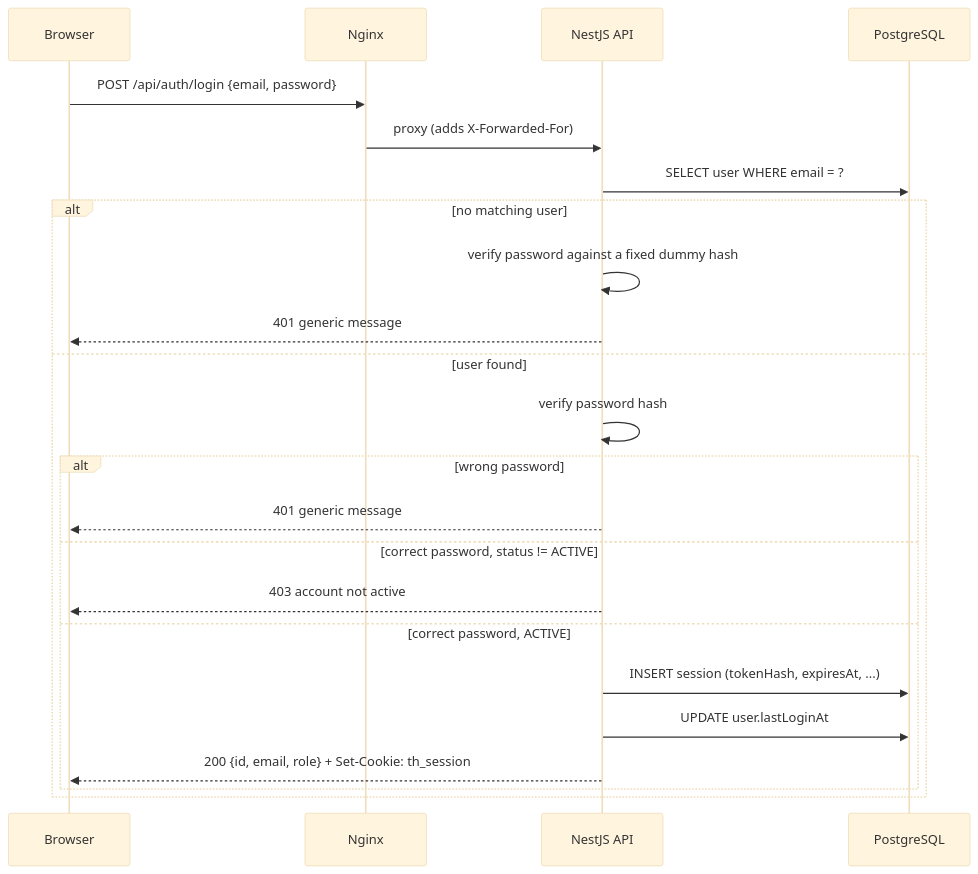
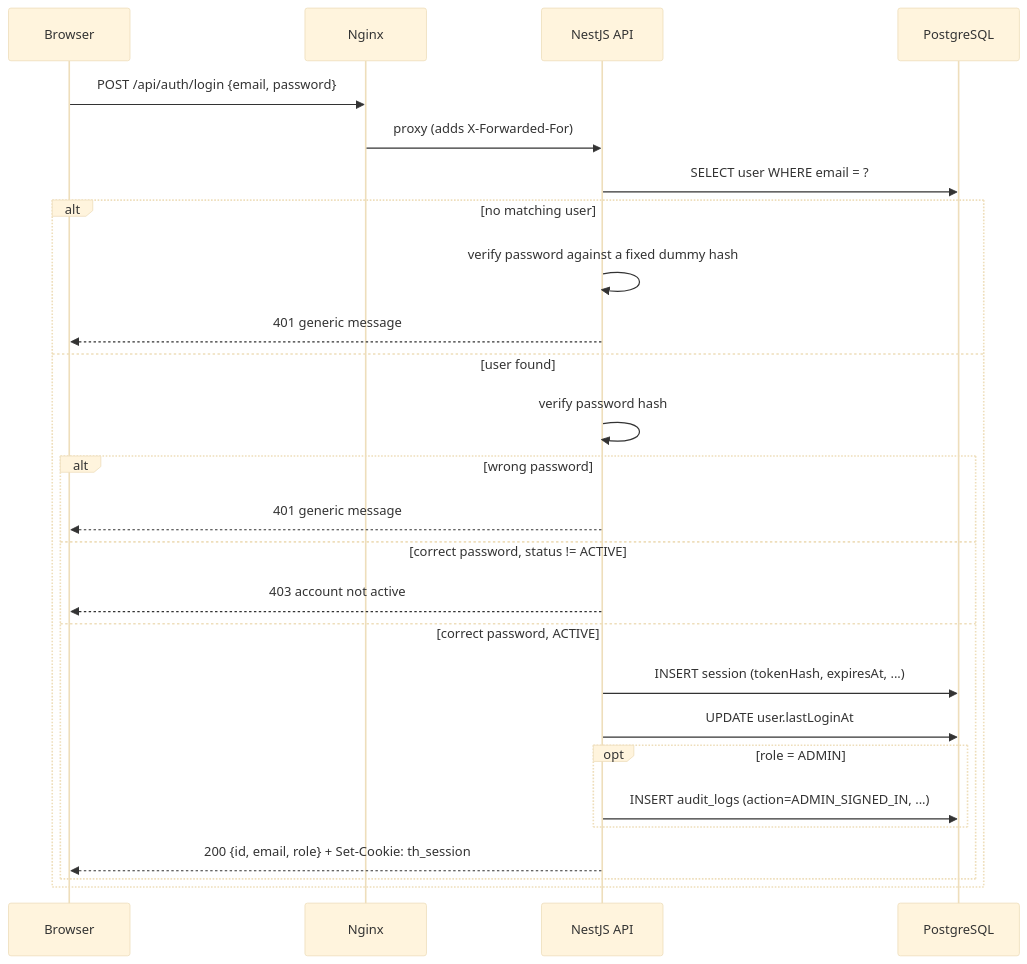
One commit to alhexjustine/telehealth changed the first of 2 diagrams in docs/architecture/auth.md. Above: the diagram before and after it, drawn with Mermaid (base theme). The commit also changed other lines of this file and 114 other files, not shown here.

First line of the commit message:
feat: add admin console and immutable audit log (add-admin-console)

````diff
--- a/docs/architecture/auth.md
+++ b/docs/architecture/auth.md
@@ -30,26 +34,29 @@
 ```mermaid
 sequenceDiagram
   participant Browser
   participant Nginx
   participant API as NestJS API
   participant DB as PostgreSQL
 
   Browser->>Nginx: POST /api/auth/login {email, password}
   Nginx->>API: proxy (adds X-Forwarded-For)
   API->>DB: SELECT user WHERE email = ?
   alt no matching user
     API->>API: verify password against a fixed dummy hash
     API-->>Browser: 401 generic message
   else user found
     API->>API: verify password hash
     alt wrong password
       API-->>Browser: 401 generic message
     else correct password, status != ACTIVE
       API-->>Browser: 403 account not active
     else correct password, ACTIVE
       API->>DB: INSERT session (tokenHash, expiresAt, ...)
       API->>DB: UPDATE user.lastLoginAt
+      opt role = ADMIN
+        API->>DB: INSERT audit_logs (action=ADMIN_SIGNED_IN, ...)
+      end
       API-->>Browser: 200 {id, email, role} + Set-Cookie: th_session
     end
   end
 ```
````
